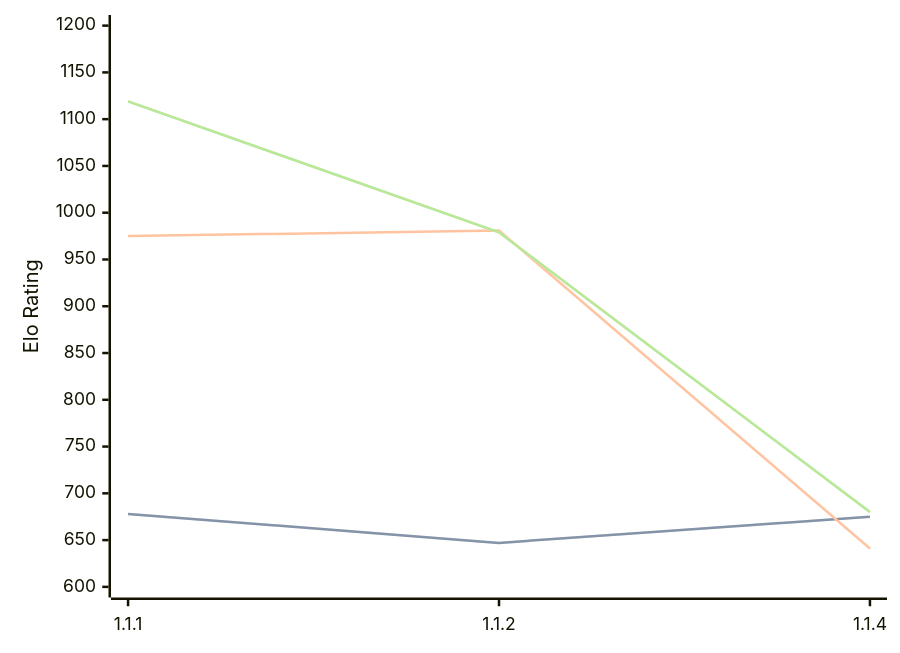
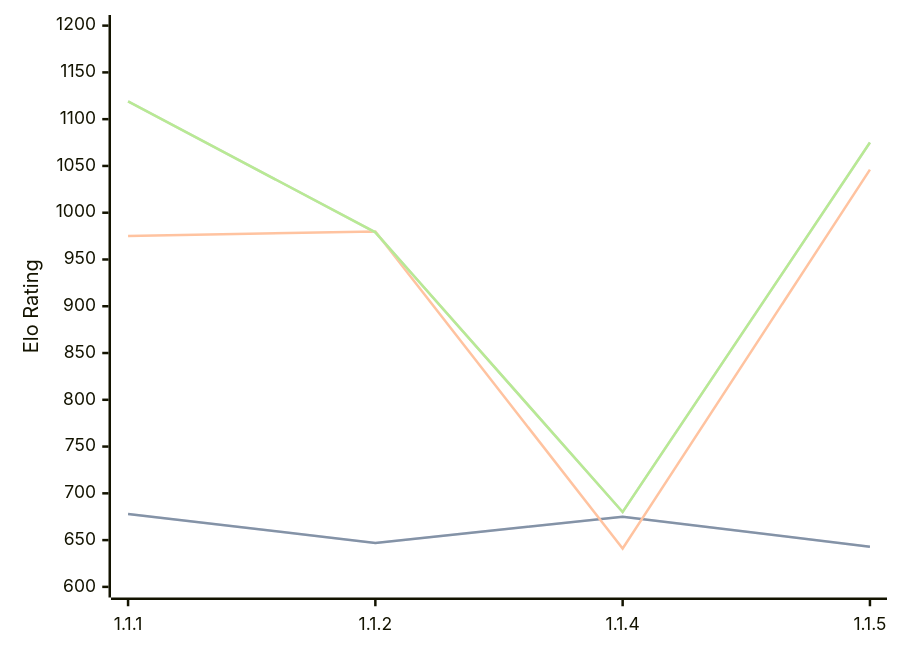
The third of 3 diagrams in engines/ChessCore.md (computer-chess-index/cci), drawn with Mermaid before and after one commit. The commit also changed other lines of this file, not shown here.

Commit message:
Update CCI Ratings (ELO VLTC) - 2026-06-23

````diff
--- a/engines/ChessCore.md
+++ b/engines/ChessCore.md
@@ -68,11 +68,11 @@
 ```mermaid
 %%{init: {"theme":"base","themeVariables":{"seriesColors:['#a3a3a3','#222221','#faa371']}}}%%
 xychart-beta
-  x-axis ["1.1.1", "1.1.2", "1.1.4"]
+  x-axis ["1.1.1", "1.1.2", "1.1.4", "1.1.5"]
   y-axis "Elo Rating" 600 --> 1200
-  line "STC (8.0+0.08s)" [678, 647, 675]
-  line "STC (8.0+0.08s)" [678, 647, 675]
-  line "LTC (60.0+0.60s)" [975, 981, 641]
-  line "VLTC (2m24s+1.12s)" [1119, 979, 680]
-  line "VLTC (2m24s+1.12s)" [1119, 979, 680]
+  line "STC (8.0+0.08s)" [678, 647, 675, 643]
+  line "STC (8.0+0.08s)" [678, 647, 675, 643]
+  line "LTC (60.0+0.60s)" [975, 980, 641, 1046]
+  line "VLTC (2m24s+1.12s)" [1119, 979, 680, 1075]
+  line "VLTC (2m24s+1.12s)" [1119, 979, 680, 1075]
 ```
````
